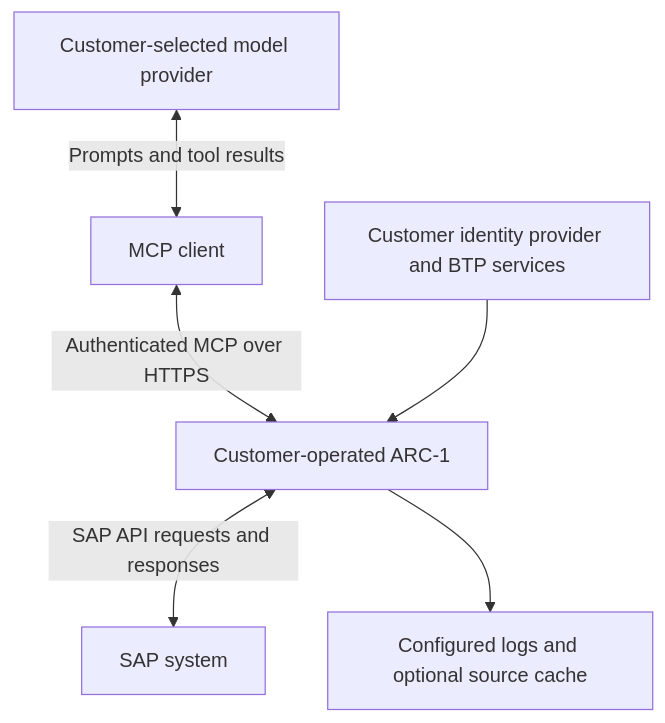
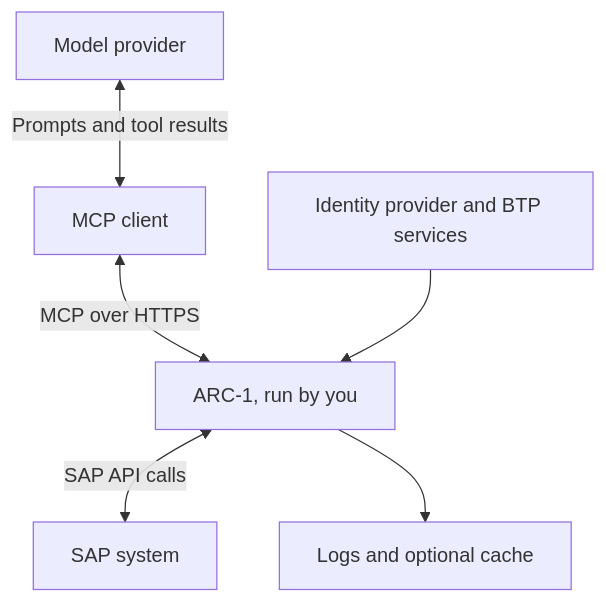
The diagram in docs_page/security.md (arc-mcp/arc-1), drawn with Mermaid before and after one commit. The commit also changed other lines of this file and 8 other files, not shown here.

````diff
--- a/docs_page/security.md
+++ b/docs_page/security.md
@@ -32,8 +12,8 @@
 ```mermaid
 flowchart TB
-    Model[Customer-selected model provider] <-->|Prompts and tool results| Client[MCP client]
-    Client <-->|Authenticated MCP over HTTPS| ARC[Customer-operated ARC-1]
-    ARC <-->|SAP API requests and responses| SAP[SAP system]
-    ARC --> Logs[Configured logs and optional source cache]
-    Identity[Customer identity provider and BTP services] --> ARC
+    Model[Model provider] <-->|Prompts and tool results| Client[MCP client]
+    Client <-->|MCP over HTTPS| ARC[ARC-1, run by you]
+    ARC <-->|SAP API calls| SAP[SAP system]
+    ARC --> Logs[Logs and optional cache]
+    Identity[Identity provider and BTP services] --> ARC
 ```
````
